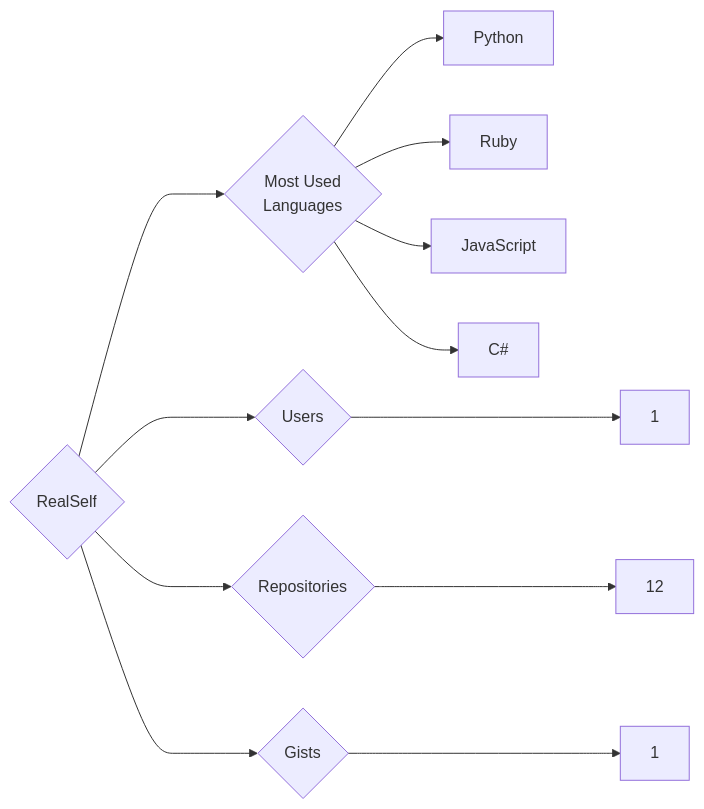
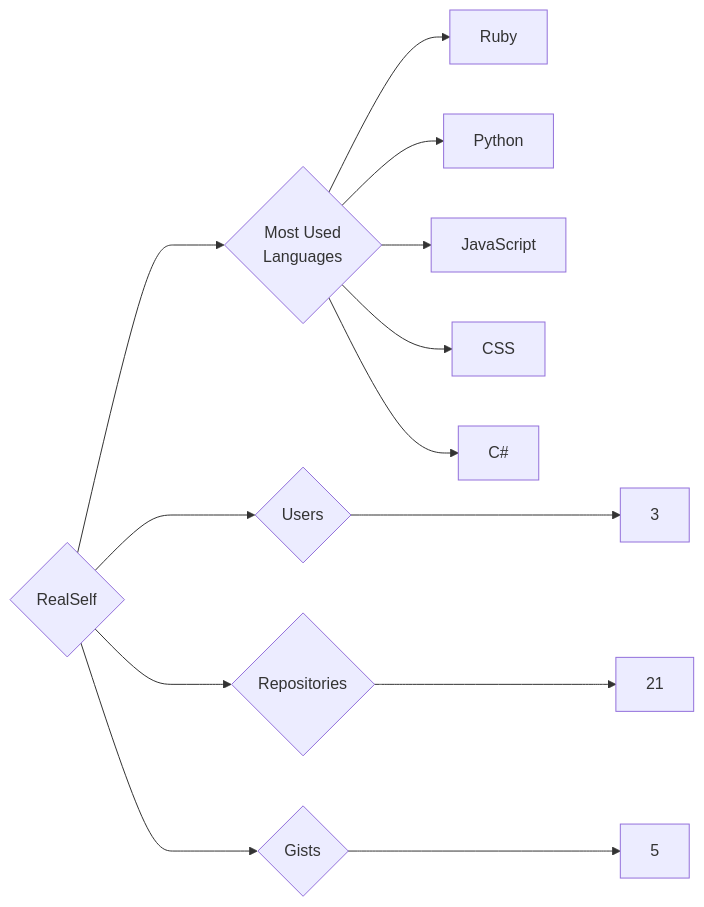
One commit to trickest/insiders changed the diagram in targets/RealSelf/README.md. Above: the diagram before and after it, drawn with Mermaid. The commit also changed 787 other files, not shown here.

````diff
--- a/targets/RealSelf/README.md
+++ b/targets/RealSelf/README.md
@@ -3,12 +3,13 @@
 ```mermaid
 graph LR
 COMPANY_NAME{RealSelf}
-COMPANY_NAME ---> U{Users} ---> UN[1]
-COMPANY_NAME ---> R{Repositories} ---> RN[12]
-COMPANY_NAME ---> G{Gists} ---> GN[1]
+COMPANY_NAME ---> U{Users} ---> UN[3]
+COMPANY_NAME ---> R{Repositories} ---> RN[21]
+COMPANY_NAME ---> G{Gists} ---> GN[5]
 COMPANY_NAME ---> ML{Most Used<br>Languages}
+ML --> Ruby[Ruby]
 ML --> Python[Python]
-ML --> Ruby[Ruby]
 ML --> JavaScript[JavaScript]
+ML --> CSS[CSS]
 ML --> C#[C#]
 ```
````
